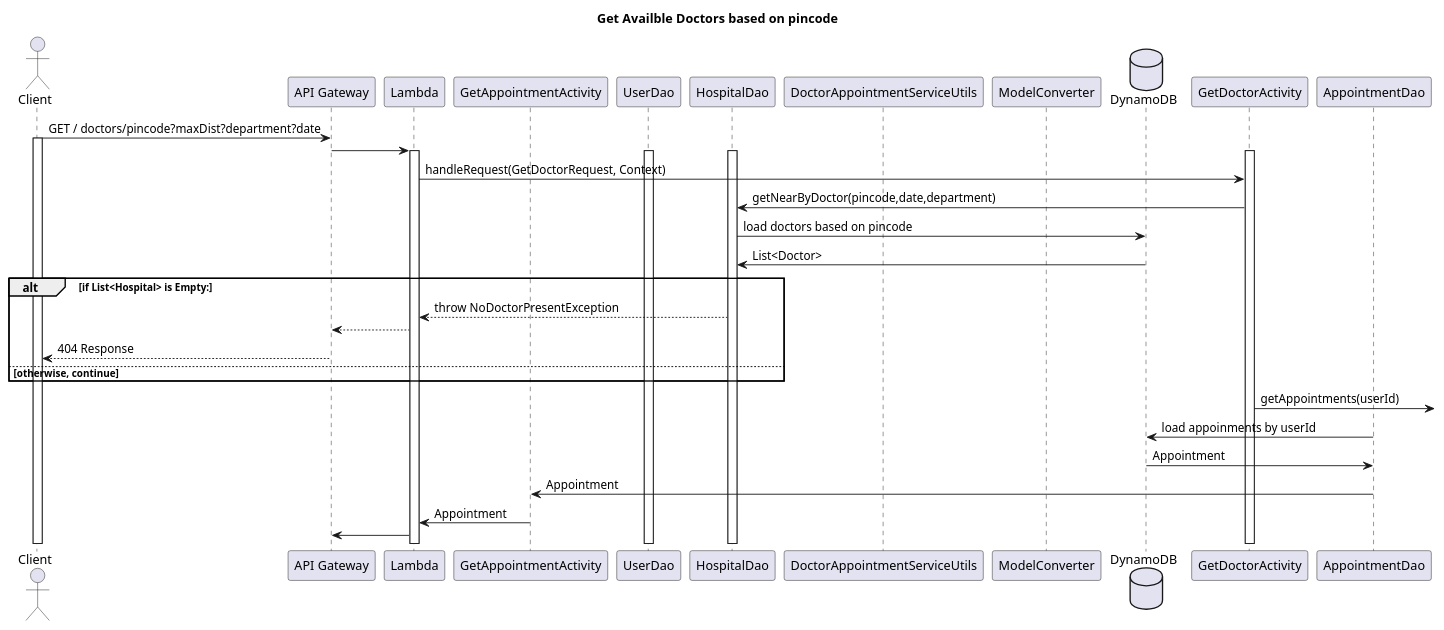
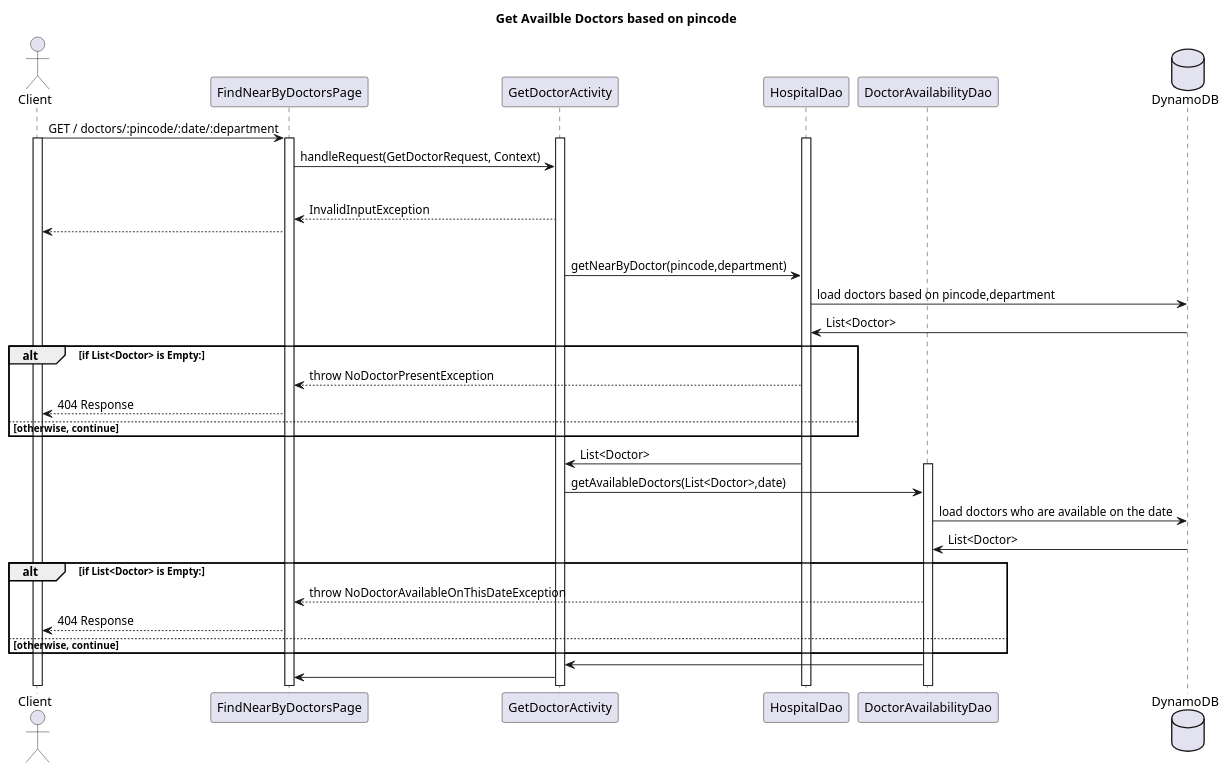
Before and after one commit to BloomTechBackend/bd-team-project-priyanka: the diagram in project_documents/get-nearbyDoctors-byAvailabilitySD.puml, drawn with PlantUML. The commit also changed 11 other files, not shown here.

```diff
--- a/project_documents/get-nearbyDoctors-byAvailabilitySD.puml
+++ b/project_documents/get-nearbyDoctors-byAvailabilitySD.puml
@@ -1,39 +1,45 @@
 @startuml
 title Get Availble Doctors based on pincode
 
 actor Client
-participant "API Gateway" as APIGateway
-participant Lambda
-participant GetAppointmentActivity
-participant UserDao
+participant FindNearByDoctorsPage
+participant GetDoctorActivity
 participant HospitalDao
-participant DoctorAppointmentServiceUtils
-participant ModelConverter
+participant DoctorAvailabilityDao
 database DynamoDB
 
-Client -> APIGateway : GET / doctors/pincode?maxDist?department?date
+Client -> FindNearByDoctorsPage : GET / doctors/:pincode/:date/:department
 activate Client
-APIGateway -> Lambda
-activate Lambda
+activate FindNearByDoctorsPage
 activate GetDoctorActivity
 activate HospitalDao
-activate UserDao
-Lambda -> GetDoctorActivity :  handleRequest(GetDoctorRequest, Context)
-GetDoctorActivity -> HospitalDao : getNearByDoctor(pincode,date,department)
-HospitalDao -> DynamoDB : load doctors based on pincode
+FindNearByDoctorsPage -> GetDoctorActivity :  handleRequest(GetDoctorRequest, Context)
+alt if pincode or date or department is not given:
+    FindNearByDoctorsPage <-- GetDoctorActivity : InvalidInputException
+    Client <-- FindNearByDoctorsPage
+else otherwise, continue
+GetDoctorActivity -> HospitalDao : getNearByDoctor(pincode,department)
+
+HospitalDao -> DynamoDB : load doctors based on pincode,department
 HospitalDao <- DynamoDB : List<Doctor>
-alt if List<Hospital> is Empty:
-    Lambda <-- HospitalDao : throw NoDoctorPresentException
-    APIGateway <-- Lambda
-    Client <-- APIGateway : 404 Response
+alt if List<Doctor> is Empty:
+    FindNearByDoctorsPage <-- HospitalDao : throw NoDoctorPresentException
+    Client <-- FindNearByDoctorsPage : 404 Response
 else otherwise, continue
 end
-GetDoctorActivity ->  : getAppointments(userId)
-AppointmentDao -> DynamoDB : load appoinments by userId
-AppointmentDao <- DynamoDB : Appointment
-GetAppointmentActivity <- AppointmentDao : Appointment
-Lambda <- GetAppointmentActivity : Appointment
-APIGateway <- Lambda
+GetDoctorActivity <- HospitalDao : List<Doctor>
+
+activate DoctorAvailabilityDao
+GetDoctorActivity -> DoctorAvailabilityDao : getAvailableDoctors(List<Doctor>,date)
+DoctorAvailabilityDao -> DynamoDB : load doctors who are available on the date
+DoctorAvailabilityDao <- DynamoDB : List<Doctor>
+alt if List<Doctor> is Empty:
+    FindNearByDoctorsPage <-- DoctorAvailabilityDao : throw NoDoctorAvailableOnThisDateException
+    Client <-- FindNearByDoctorsPage : 404 Response
+else otherwise, continue
+end
+GetDoctorActivity <- DoctorAvailabilityDao
+FindNearByDoctorsPage <- GetDoctorActivity
 
 
 @enduml
```
